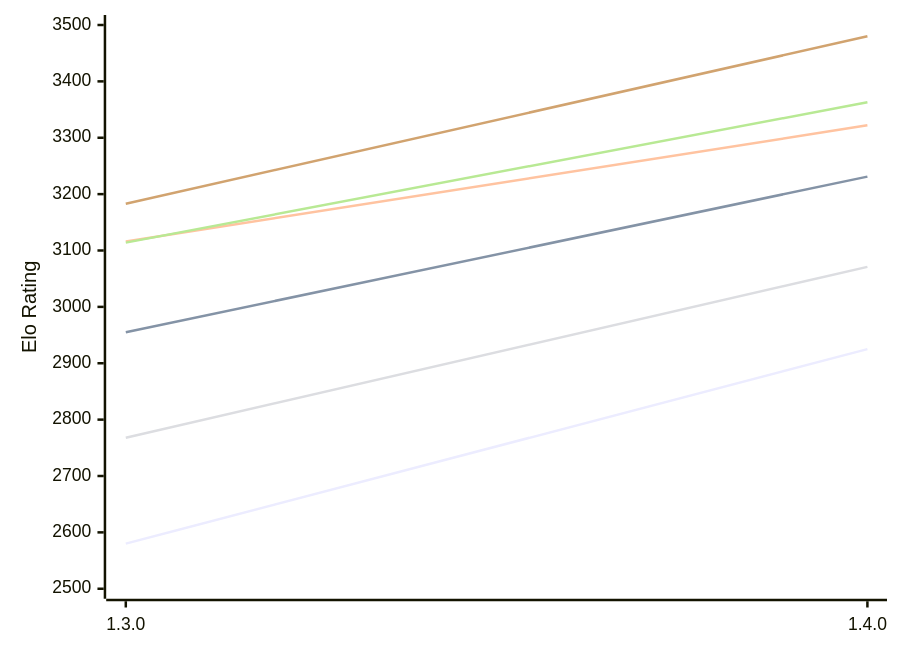
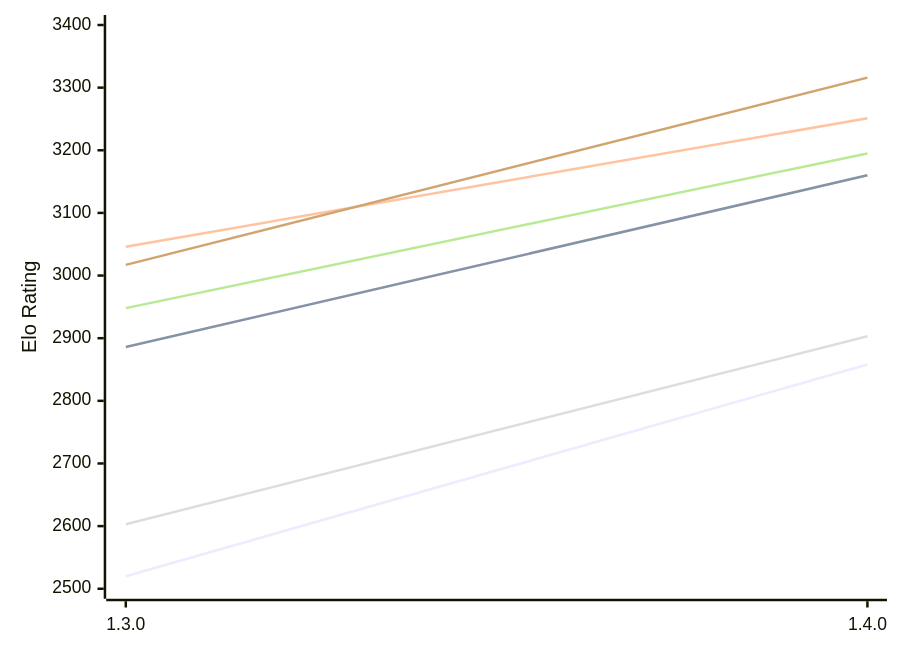
Before and after one commit to computer-chess-index/cci: the first of 2 diagrams in engines/Ember.md, drawn with Mermaid. The commit also changed other lines of this file, not shown here.

Commit message:
Update CCI Ratings (ELO VLTC) - 2026-11-13

````diff
--- a/engines/Ember.md
+++ b/engines/Ember.md
@@ -51,12 +51,12 @@
 ```mermaid
 %%{init: {"theme":"base","themeVariables":{"seriesColors:['#a3a3a3','#222221','#faa371']}}}%%
 xychart-beta
   x-axis ["1.3.0", "1.4.0"]
-  y-axis "Elo Rating" 2500 --> 3500
-  line "E1: STC (8.0+0.08s)" [2580, 2925]
-  line "E1: LTC (60.0+0.60s)" [2955, 3231]
-  line "E1: VLTC (2m24s+1.12s)" [3116, 3322]
-  line "P1: STC (8.0+0.08s)" [2768, 3071]
-  line "P1: LTC (60.0+0.60s)" [3114, 3363]
-  line "P1: VLTC (2m24s+1.12s)" [3183, 3480]
+  y-axis "Elo Rating" 2500 --> 3400
+  line "E1: STC (8.0+0.08s)" [2520, 2858]
+  line "E1: LTC (60.0+0.60s)" [2886, 3160]
+  line "E1: VLTC (2m24s+1.12s)" [3046, 3251]
+  line "P1: STC (8.0+0.08s)" [2603, 2903]
+  line "P1: LTC (60.0+0.60s)" [2948, 3195]
+  line "P1: VLTC (2m24s+1.12s)" [3017, 3316]
 ```
````
